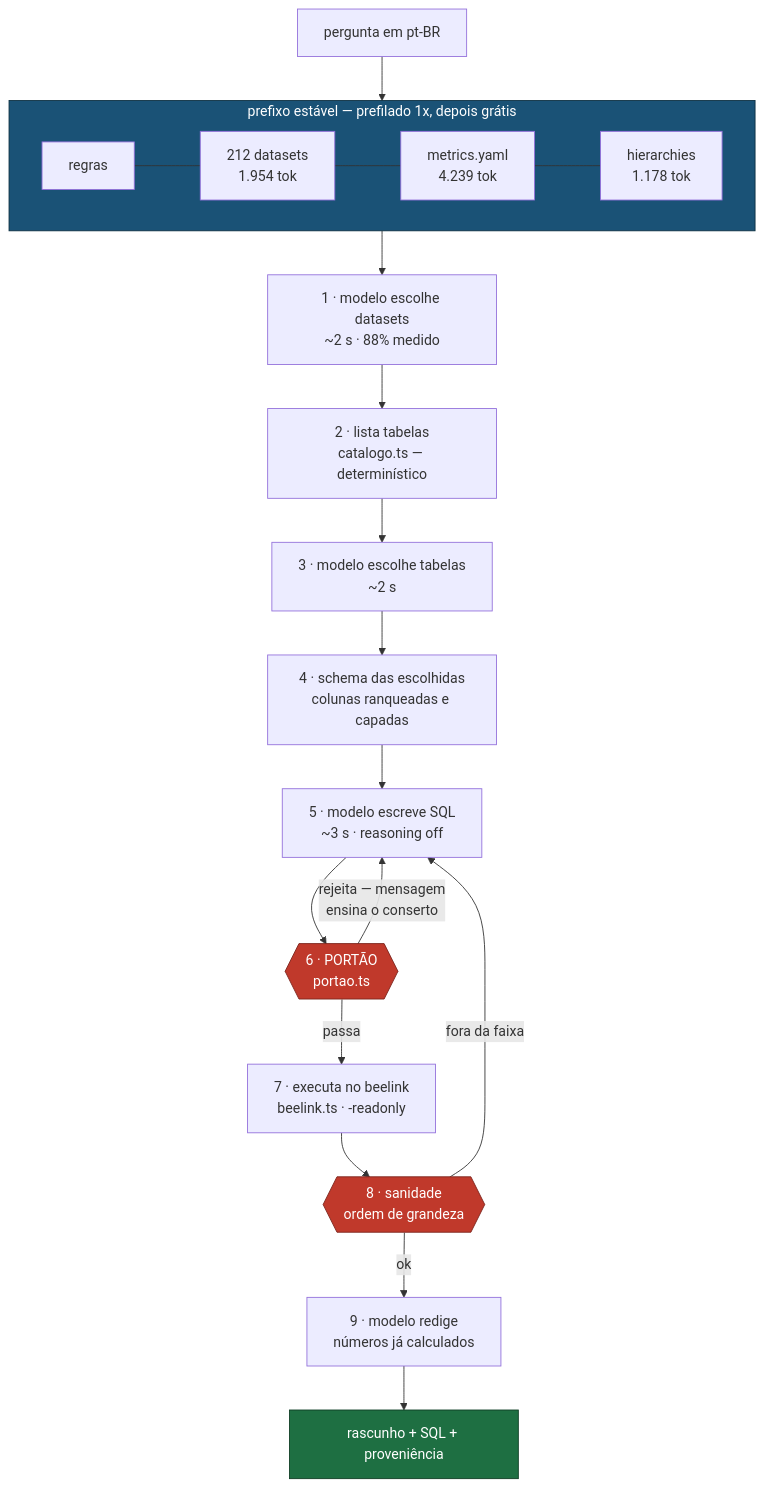
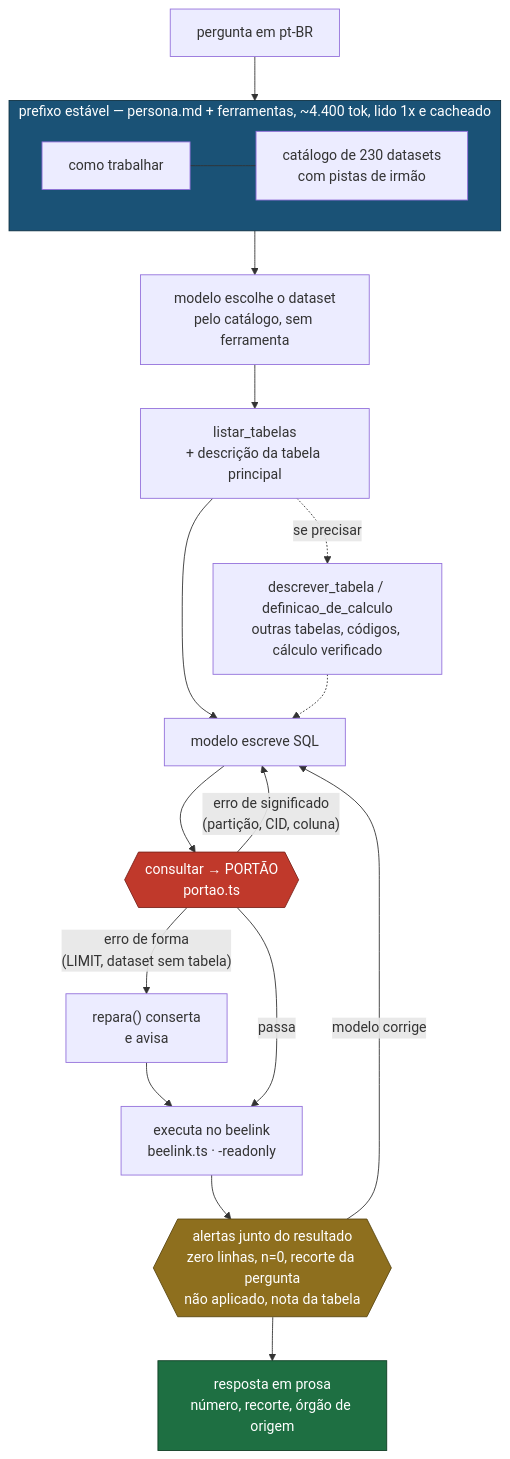
Before and after one commit to rafapolo/rodado: the first of 3 diagrams in harness/README.md, drawn with Mermaid. The commit also changed other lines of this file, not shown here.

Commit message:
docs: fluxo do readme do harness mostra o caminho real pelo dsh e mcp

````diff
--- a/harness/README.md
+++ b/harness/README.md
@@ -12,30 +16,30 @@
 ```mermaid
 flowchart TD
     P["pergunta em pt-BR"] --> PRE
 
-    subgraph PRE["prefixo estável — prefilado 1x, depois grátis"]
+    subgraph PRE["prefixo estável — persona.md + ferramentas, ~4.400 tok, lido 1x e cacheado"]
         direction LR
-        R["regras"] --- D["212 datasets<br/>1.954 tok"] --- M["metrics.yaml<br/>4.239 tok"] --- H["hierarchies<br/>1.178 tok"]
+        R["como trabalhar"] --- D["catálogo de 230 datasets<br/>com pistas de irmão"]
     end
 
-    PRE --> S1["1 · modelo escolhe datasets<br/>~2 s · 88% medido"]
-    S1 --> S2["2 · lista tabelas<br/>catalogo.ts — determinístico"]
-    S2 --> S3["3 · modelo escolhe tabelas<br/>~2 s"]
-    S3 --> S4["4 · schema das escolhidas<br/>colunas ranqueadas e capadas"]
-    S4 --> S5["5 · modelo escreve SQL<br/>~3 s · reasoning off"]
+    PRE --> S1["modelo escolhe o dataset<br/>pelo catálogo, sem ferramenta"]
+    S1 --> S2["listar_tabelas<br/>+ descrição da tabela principal"]
+    S2 -.->|"se precisar"| S3["descrever_tabela / definicao_de_calculo<br/>outras tabelas, códigos, cálculo verificado"]
+    S2 --> S4["modelo escreve SQL"]
+    S3 -.-> S4
 
-    S5 --> G{{"6 · PORTÃO<br/>portao.ts"}}
-    G -->|"rejeita — mensagem<br/>ensina o conserto"| S5
-    G -->|passa| S7["7 · executa no beelink<br/>beelink.ts · -readonly"]
+    S4 --> G{{"consultar → PORTÃO<br/>portao.ts"}}
+    G -->|"erro de forma<br/>(LIMIT, dataset sem tabela)"| FIX["repara() conserta<br/>e avisa"]
+    FIX --> X
+    G -->|"erro de significado<br/>(partição, CID, coluna)"| S4
+    G -->|passa| X["executa no beelink<br/>beelink.ts · -readonly"]
 
-    S7 --> S8{{"8 · sanidade<br/>ordem de grandeza"}}
-    S8 -->|"fora da faixa"| S5
-    S8 -->|ok| S9["9 · modelo redige<br/>números já calculados"]
-
-    S9 --> OUT["rascunho + SQL + proveniência"]
+    X --> A{{"alertas junto do resultado<br/>zero linhas, n=0, recorte da pergunta<br/>não aplicado, nota da tabela"}}
+    A -->|"modelo corrige"| S4
+    A --> OUT["resposta em prosa<br/>número, recorte, órgão de origem"]
 
     style G fill:#c0392b,color:#fff,stroke:#7b241c
-    style S8 fill:#c0392b,color:#fff,stroke:#7b241c
+    style A fill:#8e6f1e,color:#fff,stroke:#5c4813
     style PRE fill:#1a5276,color:#fff,stroke:#0b2e40
     style OUT fill:#1e6f42,color:#fff,stroke:#0f3d24
 ```
````
